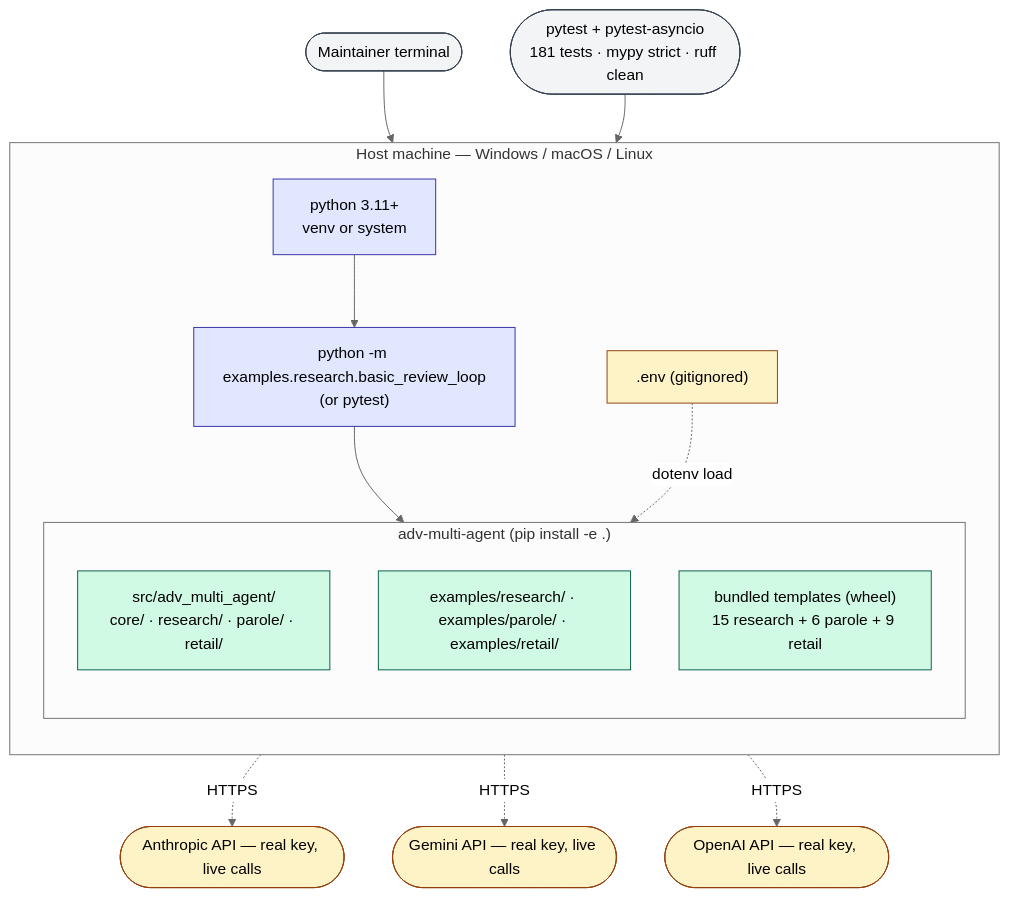
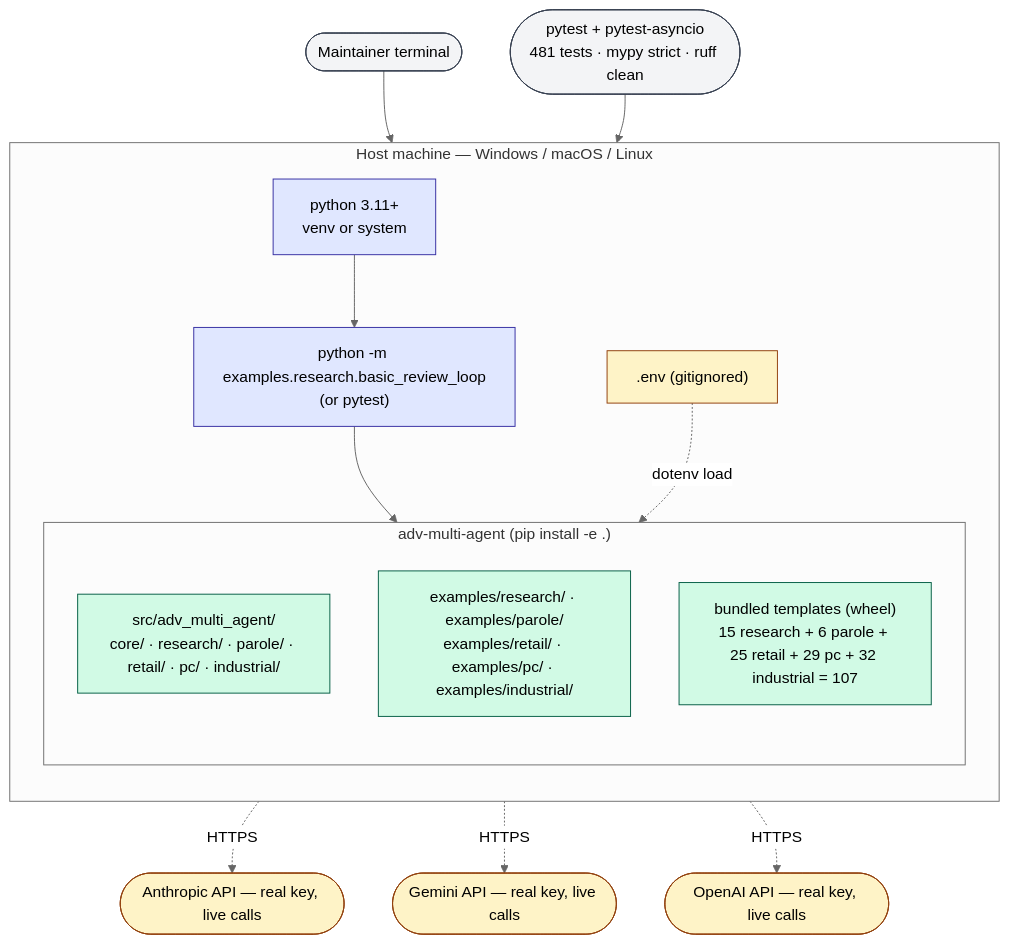
Before and after one commit to gmanch94/adversarial-multi-agent-lib: the second of 2 diagrams in docs/deployment-architecture.md, drawn with Mermaid (neutral theme). The commit also changed other lines of this file and 2 other files, not shown here.

First line of the commit message:
docs: refresh SECURITY_MODEL, architecture, deployment for 5-domain state

````diff
--- a/docs/deployment-architecture.md
+++ b/docs/deployment-architecture.md
@@ -122,37 +132,37 @@
 ```mermaid
 flowchart TB
     classDef proc fill:#e0e7ff,stroke:#3730a3,color:#000
     classDef lib fill:#d1fae5,stroke:#065f46,color:#000
     classDef ext fill:#fef3c7,stroke:#92400e,color:#000
     classDef user fill:#f3f4f6,stroke:#374151,color:#000
 
     Dev([Maintainer terminal]):::user
-    Pyt([pytest + pytest-asyncio<br/>181 tests · mypy strict · ruff clean]):::user
+    Pyt([pytest + pytest-asyncio<br/>481 tests · mypy strict · ruff clean]):::user
 
     subgraph Host["Host machine — Windows / macOS / Linux"]
         direction TB
         Py["python 3.11+<br/>venv or system"]:::proc
         EnvLocal[".env (gitignored)"]:::ext
         Example["python -m examples.research.basic_review_loop<br/>(or pytest)"]:::proc
 
         subgraph Pkg["adv-multi-agent (pip install -e .)"]
             direction TB
-            Src["src/adv_multi_agent/<br/>core/ · research/ · parole/ · retail/"]:::lib
-            Examples["examples/research/ · examples/parole/ · examples/retail/"]:::lib
-            SkillsDir["bundled templates (wheel)<br/>15 research + 6 parole + 9 retail"]:::lib
+            Src["src/adv_multi_agent/<br/>core/ · research/ · parole/ · retail/ · pc/ · industrial/"]:::lib
+            Examples["examples/research/ · examples/parole/<br/>examples/retail/ · examples/pc/ · examples/industrial/"]:::lib
+            SkillsDir["bundled templates (wheel)<br/>15 research + 6 parole + 25 retail + 29 pc + 32 industrial = 107"]:::lib
         end
     end
 
     Anthro([Anthropic API — real key, live calls]):::ext
     GeminiDev([Gemini API — real key, live calls]):::ext
     OAI([OpenAI API — real key, live calls]):::ext
 
     Dev --> Py
     Pyt --> Py
     Py --> Example
     Example --> Src
     EnvLocal -. dotenv load .-> Src
     Src -. HTTPS .-> Anthro
     Src -. HTTPS .-> GeminiDev
     Src -. HTTPS .-> OAI
 ```
````
